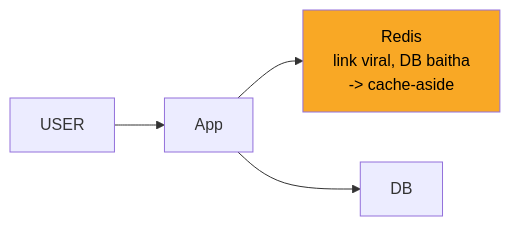
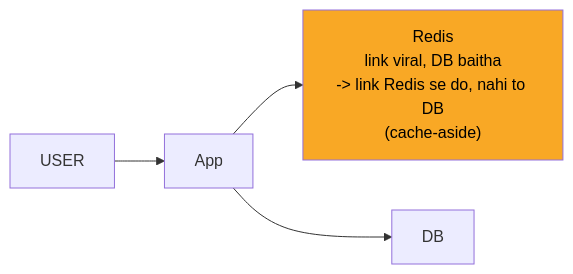
Before and after one commit to ArpanMaheshwari144/Prep: the second of 10 diagrams in 04_HLD/SYSTEM_DESIGNS/01_url_shortener/01_url_shortener.md, drawn with Mermaid. The commit also changed other lines of this file and 13 other files, not shown here.

````diff
--- a/04_HLD/SYSTEM_DESIGNS/01_url_shortener/01_url_shortener.md
+++ b/04_HLD/SYSTEM_DESIGNS/01_url_shortener/01_url_shortener.md
@@ -117,11 +117,11 @@
 ```mermaid
 flowchart LR
     n_USER["USER"]
     n_App["App"]
-    n_Redis["Redis<br/>link viral, DB baitha<br/>-> cache-aside"]
+    n_Redis["Redis<br/>link viral, DB baitha<br/>-> link Redis se do, nahi to DB<br/>(cache-aside)"]
     n_DB["DB"]
     n_USER --> n_App
     n_App --> n_Redis
     n_App --> n_DB
     style n_Redis fill:#f9a825,color:#000
 ```
````
